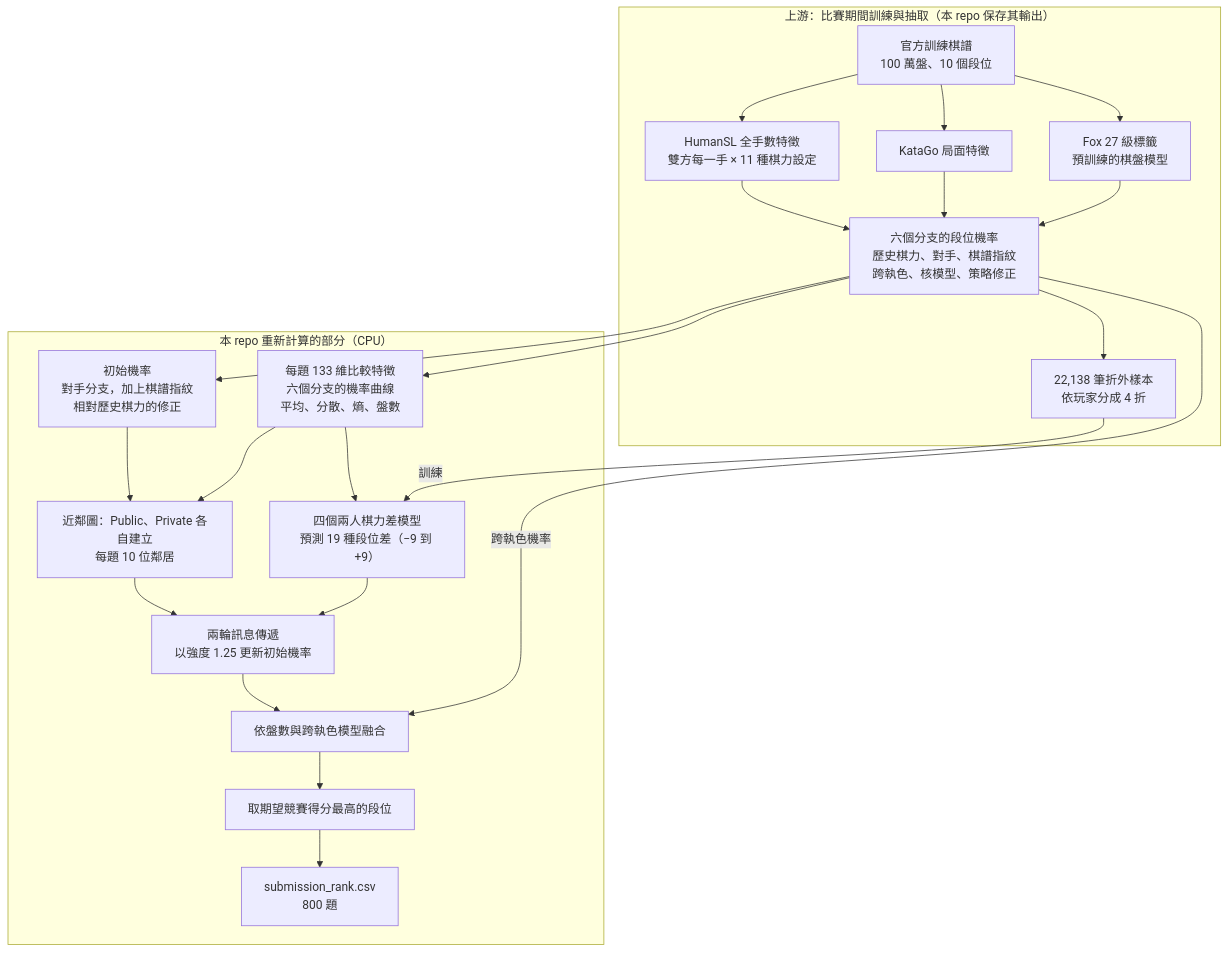
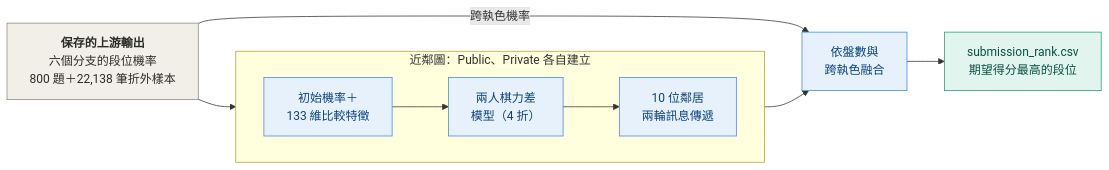
Before and after one commit to leezr2002/aicup2026-go-rank-prediction: the diagram in README.md, drawn with Mermaid. The commit also changed other lines of this file, not shown here.

Commit message:
Redraw the method overview as a left-to-right pipeline

````diff
--- a/README.md
+++ b/README.md
@@ -32,38 +32,18 @@
 ```mermaid
-flowchart TB
-  subgraph UP["上游：比賽期間訓練與抽取（本 repo 保存其輸出）"]
-    SGF["官方訓練棋譜<br/>100 萬盤、10 個段位"]
-    HSL["HumanSL 全手數特徵<br/>雙方每一手 × 11 種棋力設定"]
-    KG["KataGo 局面特徵"]
-    FOX["Fox 27 級標籤<br/>預訓練的棋盤模型"]
-    BR["六個分支的段位機率<br/>歷史棋力、對手、棋譜指紋<br/>跨執色、核模型、策略修正"]
-    OOF["22,138 筆折外樣本<br/>依玩家分成 4 折"]
-    SGF --> HSL
-    SGF --> KG
-    SGF --> FOX
-    HSL --> BR
-    KG --> BR
-    FOX --> BR
-    BR --> OOF
+flowchart LR
+  IN["<b>保存的上游輸出</b><br/>六個分支的段位機率<br/>800 題＋22,138 筆折外樣本"]
+  subgraph GRAPH["近鄰圖：Public、Private 各自建立"]
+    direction LR
+    B["初始機率＋<br/>133 維比較特徵"] --> C["兩人棋力差<br/>模型（4 折）"] --> D["10 位鄰居<br/>兩輪訊息傳遞"]
   end
-  subgraph REPO["本 repo 重新計算的部分（CPU）"]
-    ANC["初始機率<br/>對手分支，加上棋譜指紋<br/>相對歷史棋力的修正"]
-    X["每題 133 維比較特徵<br/>六個分支的機率曲線<br/>平均、分散、熵、盤數"]
-    MG["四個兩人棋力差模型<br/>預測 19 種段位差（−9 到 +9）"]
-    G["近鄰圖：Public、Private 各自建立<br/>每題 10 位鄰居"]
-    MP["兩輪訊息傳遞<br/>以強度 1.25 更新初始機率"]
-    MIX["依盤數與跨執色模型融合"]
-    DEC["取期望競賽得分最高的段位"]
-    CSV["submission_rank.csv<br/>800 題"]
-    ANC --> G
-    X --> G
-    X --> MG
-    G --> MP
-    MG --> MP
-    MP --> MIX --> DEC --> CSV
-  end
-  BR --> ANC
-  BR --> X
-  BR -- "跨執色機率" --> MIX
-  OOF -- "訓練" --> MG
+  IN --> B
+  D --> M["依盤數與<br/>跨執色融合"]
+  IN -- "跨執色機率" --> M
+  M --> OUT["submission_rank.csv<br/>期望得分最高的段位"]
+  classDef kept fill:#f1efe8,stroke:#888780,color:#2c2c2a
+  classDef calc fill:#e6f1fb,stroke:#378add,color:#0c447c
+  classDef out fill:#e1f5ee,stroke:#1d9e75,color:#085041
+  class IN kept
+  class B,C,D,M calc
+  class OUT out
 ```
````
